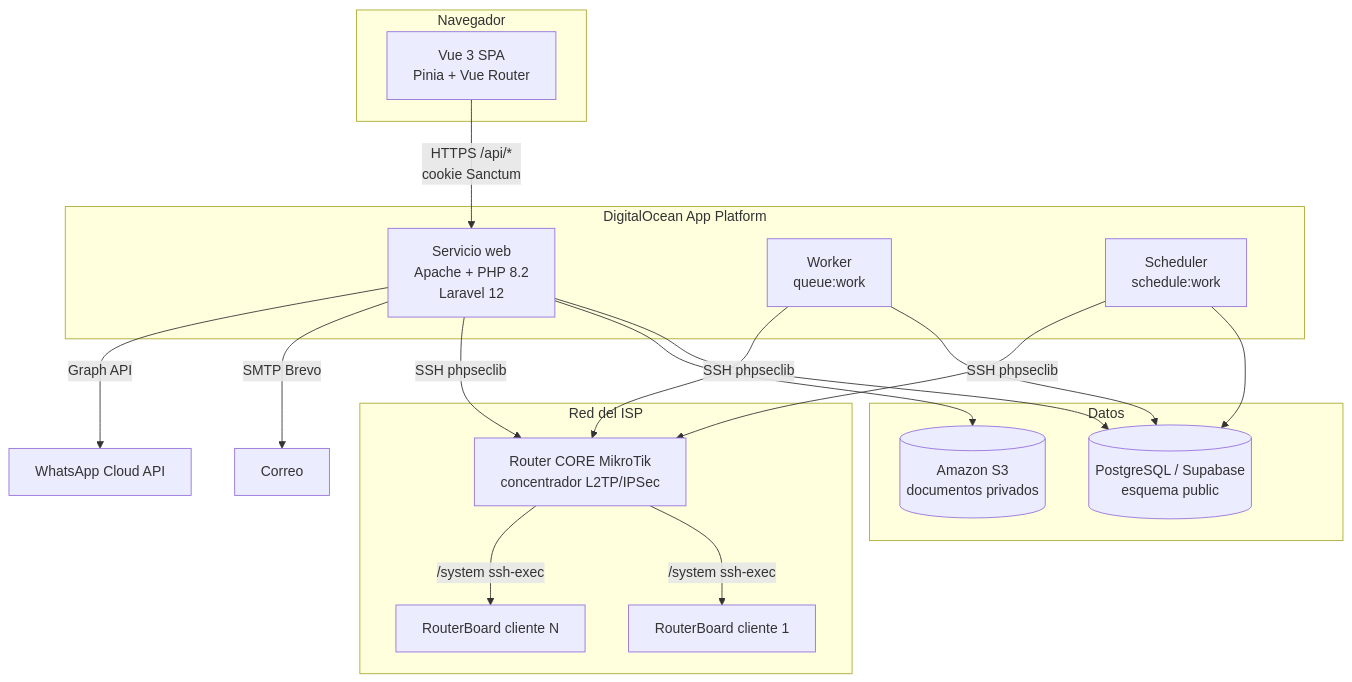
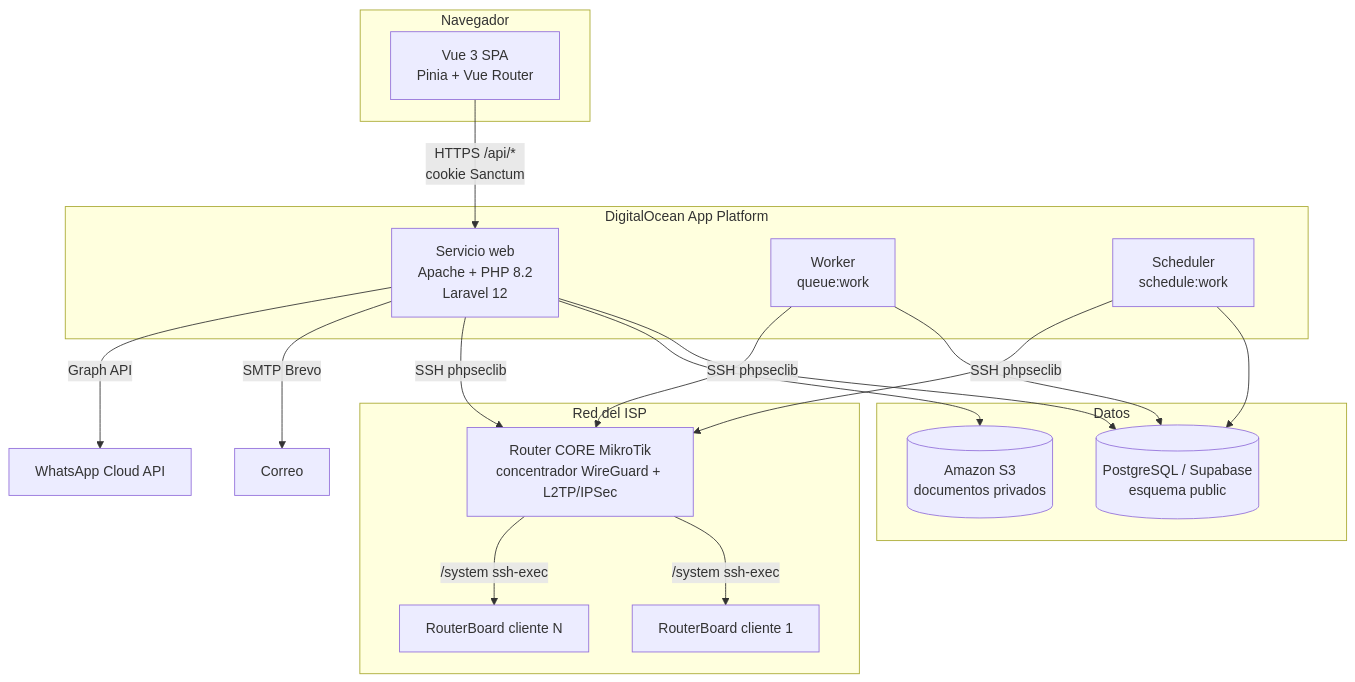
Before and after one commit to ispwatchcol/ISPWatch: the first of 7 diagrams in docs/ARQUITECTURA.md, drawn with Mermaid. The commit also changed other lines of this file and 11 other files, not shown here.

````diff
--- a/docs/ARQUITECTURA.md
+++ b/docs/ARQUITECTURA.md
@@ -100,36 +100,36 @@
 ```mermaid
 flowchart TB
     subgraph Navegador
         SPA["Vue 3 SPA<br/>Pinia + Vue Router"]
     end
 
     subgraph "DigitalOcean App Platform"
         WEB["Servicio web<br/>Apache + PHP 8.2<br/>Laravel 12"]
         WORKER["Worker<br/>queue:work"]
         SCHED["Scheduler<br/>schedule:work"]
     end
 
     subgraph Datos
         PG[("PostgreSQL / Supabase<br/>esquema public")]
         S3[("Amazon S3<br/>documentos privados")]
     end
 
     subgraph "Red del ISP"
-        CORE["Router CORE MikroTik<br/>concentrador L2TP/IPSec"]
+        CORE["Router CORE MikroTik<br/>concentrador WireGuard + L2TP/IPSec"]
         RB1["RouterBoard cliente 1"]
         RB2["RouterBoard cliente N"]
     end
 
     SPA -->|"HTTPS /api/*<br/>cookie Sanctum"| WEB
     WEB --> PG
     WEB --> S3
     WEB -->|SSH phpseclib| CORE
     WORKER --> PG
     WORKER -->|SSH phpseclib| CORE
     SCHED --> PG
     SCHED -->|SSH phpseclib| CORE
     CORE -->|"/system ssh-exec"| RB1
     CORE -->|"/system ssh-exec"| RB2
     WEB -->|SMTP Brevo| MAIL["Correo"]
     WEB -->|Graph API| WA["WhatsApp Cloud API"]
 ```
````
